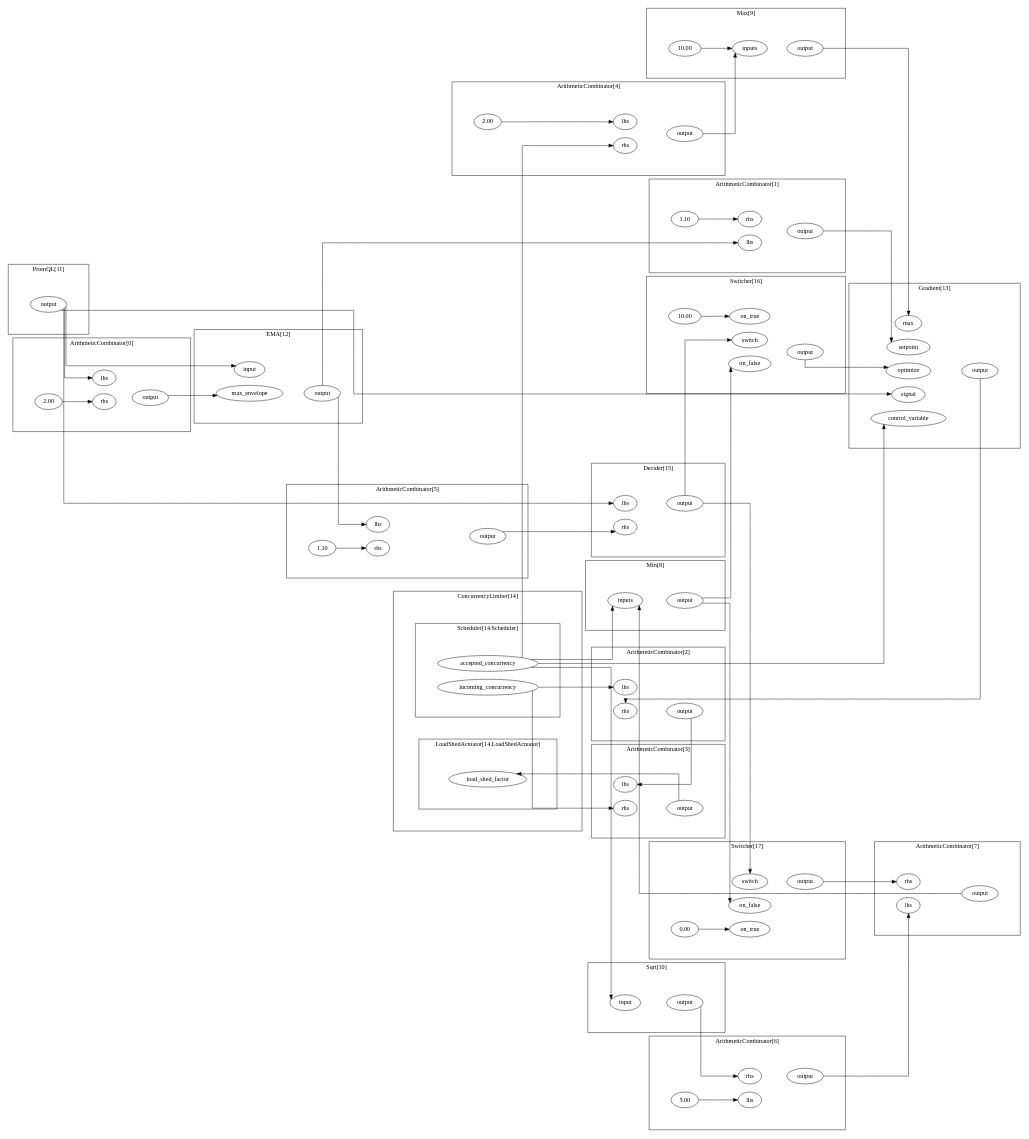
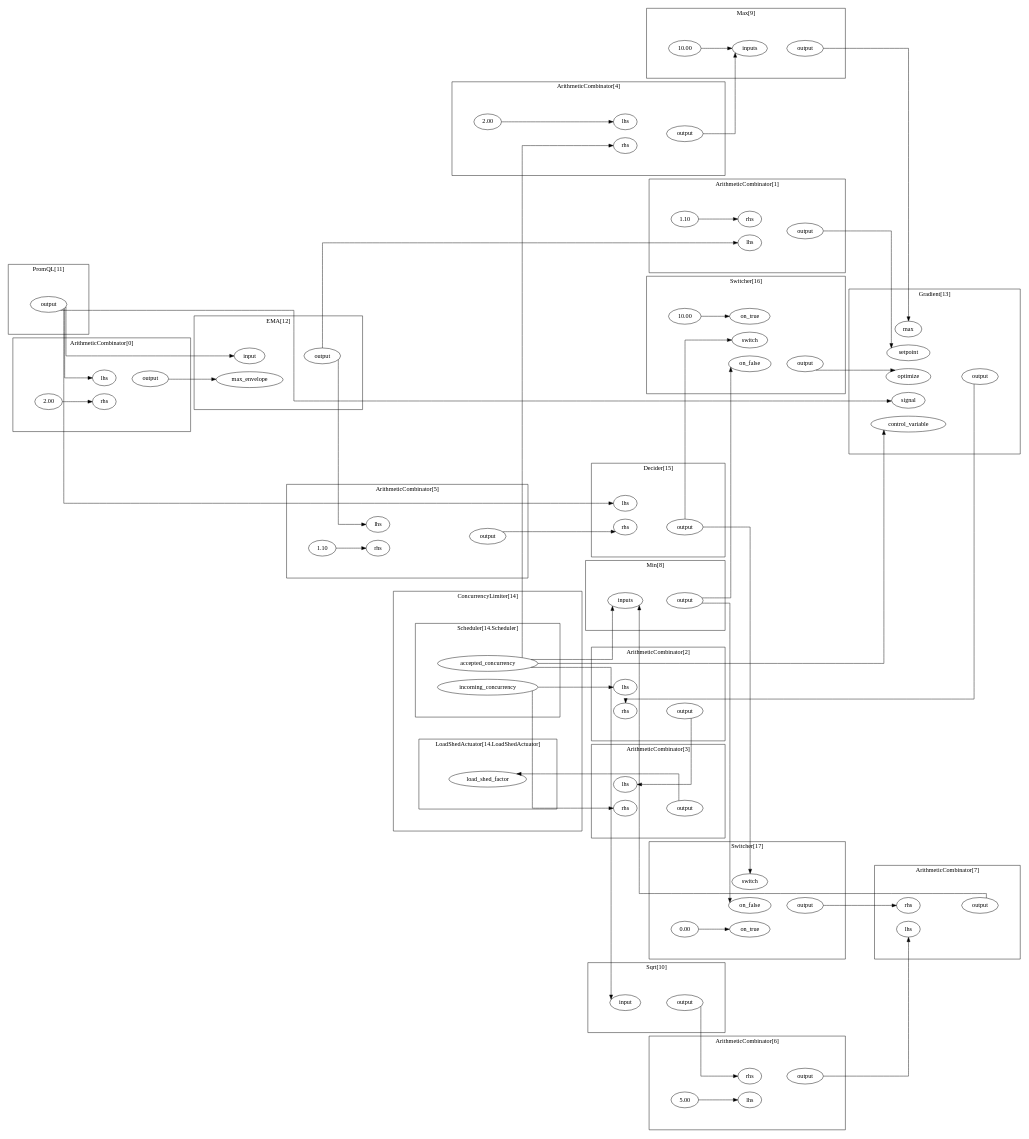
Before and after one commit to dataongunlaws/aperture: the diagram in blueprints/blueprints/latency-gradient/example/gen/graph/graph.dot, drawn with Graphviz. The commit also changed 11 other files, not shown here.

```diff
--- a/blueprints/blueprints/latency-gradient/example/gen/graph/graph.dot
+++ b/blueprints/blueprints/latency-gradient/example/gen/graph/graph.dot
@@ -1,13 +1,13 @@
 digraph  {
 	subgraph cluster_s1 {
 		label="ArithmeticCombinator[0]";margin="50.0";
-		n4[label="2.00"];
-		n2[label="lhs"];
+		n3[label="2.00"];
+		n4[label="lhs"];
 		n5[label="output"];
-		n3[label="rhs"];
-		n4->n3;
-		n3->n5[style="invis"];
-		{rank=same; n2;n3;};
+		n2[label="rhs"];
+		n3->n2;
+		n4->n5[style="invis"];
+		{rank=same; n2;n4;};
 		{rank=same; n5;};
 		
 	}
@@ -51,8 +51,8 @@
 		n22[label="rhs"];
 		n21->n20;
 		n22->n23[style="invis"];
+		{rank=same; n20;n22;};
 		{rank=same; n23;};
-		{rank=same; n20;n22;};
 		
 	}
 	subgraph cluster_s24 {
@@ -81,9 +81,9 @@
 	}
 	subgraph cluster_s34 {
 		label="ArithmeticCombinator[7]";margin="50.0";
-		n36[label="lhs"];
+		n35[label="lhs"];
 		n37[label="output"];
-		n35[label="rhs"];
+		n36[label="rhs"];
 		n36->n37[style="invis"];
 		{rank=same; n35;n36;};
 		{rank=same; n37;};
@@ -108,9 +108,9 @@
 	}
 	subgraph cluster_s67 {
 		label="Decider[15]";margin="50.0";
-		n69[label="lhs"];
+		n68[label="lhs"];
 		n70[label="output"];
-		n68[label="rhs"];
+		n69[label="rhs"];
 		n69->n70[style="invis"];
 		{rank=same; n68;n69;};
 		{rank=same; n70;};
@@ -118,12 +118,12 @@
 	}
 	subgraph cluster_s50 {
 		label="EMA[12]";margin="50.0";
-		n51[label="input"];
-		n52[label="max_envelope"];
+		n52[label="input"];
+		n51[label="max_envelope"];
 		n53[label="output"];
 		n52->n53[style="invis"];
+		{rank=same; n51;n52;};
 		{rank=same; n53;};
-		{rank=same; n51;n52;};
 		
 	}
 	subgraph cluster_s54 {
@@ -176,27 +176,27 @@
 	}
 	subgraph cluster_s71 {
 		label="Switcher[16]";margin="50.0";
-		n73[label="10.00"];
-		n74[label="on_false"];
-		n72[label="on_true"];
+		n74[label="10.00"];
+		n75[label="on_false"];
+		n73[label="on_true"];
 		n76[label="output"];
-		n75[label="switch"];
-		n73->n72;
+		n72[label="switch"];
+		n74->n73;
 		n75->n76[style="invis"];
-		{rank=same; n72;n74;n75;};
+		{rank=same; n72;n73;n75;};
 		{rank=same; n76;};
 		
 	}
 	subgraph cluster_s77 {
 		label="Switcher[17]";margin="50.0";
-		n79[label="0.00"];
-		n80[label="on_false"];
-		n78[label="on_true"];
+		n80[label="0.00"];
+		n81[label="on_false"];
+		n79[label="on_true"];
 		n82[label="output"];
-		n81[label="switch"];
-		n79->n78;
+		n78[label="switch"];
+		n80->n79;
 		n81->n82[style="invis"];
-		{rank=same; n78;n80;n81;};
+		{rank=same; n78;n79;n81;};
 		{rank=same; n82;};
 		
 	}
@@ -207,28 +207,28 @@
 	n63->n55;
 	n64->n12;
 	n64->n17;
+	n14->n16;
+	n76->n58;
+	n5->n51;
+	n10->n57;
+	n28->n69;
+	n33->n35;
+	n40->n75;
+	n40->n81;
+	n60->n13;
+	n70->n72;
+	n70->n78;
+	n82->n36;
 	n37->n39;
-	n40->n74;
-	n40->n80;
-	n70->n75;
-	n70->n81;
-	n5->n52;
+	n47->n32;
+	n18->n66;
 	n23->n42;
-	n47->n32;
-	n49->n2;
-	n49->n51;
+	n44->n59;
+	n49->n4;
+	n49->n52;
 	n49->n56;
-	n49->n69;
-	n60->n13;
-	n76->n58;
-	n28->n68;
-	n44->n59;
-	n82->n35;
-	n14->n16;
-	n18->n66;
+	n49->n68;
 	n53->n7;
 	n53->n25;
-	n10->n57;
-	n33->n36;
 	
 }
```
